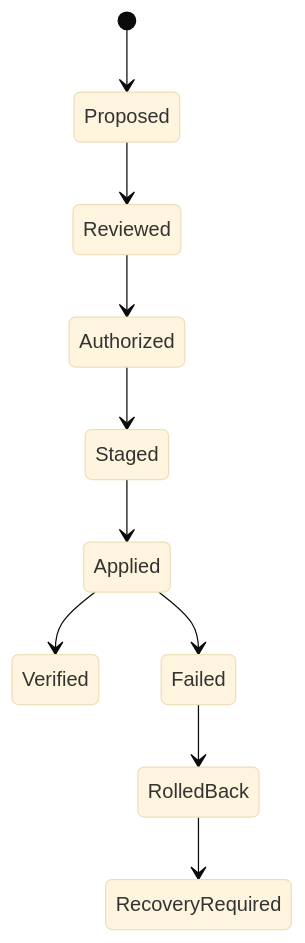
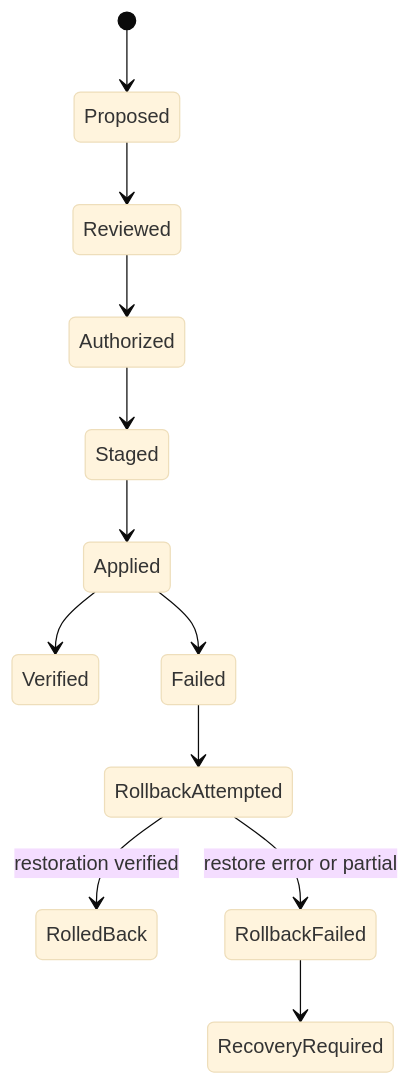
Before and after one commit to imMamdouhaboammar/bug-killer: the diagram in bug-killer-ultimate-spec-v1/07-REMEDIATION-AND-TRUST.md, drawn with Mermaid (base theme). The commit also changed other lines of this file and 12 other files, not shown here.

````diff
--- a/bug-killer-ultimate-spec-v1/07-REMEDIATION-AND-TRUST.md
+++ b/bug-killer-ultimate-spec-v1/07-REMEDIATION-AND-TRUST.md
@@ -38,12 +38,14 @@
 ```mermaid
 stateDiagram-v2
     [*] --> Proposed
     Proposed --> Reviewed
     Reviewed --> Authorized
     Authorized --> Staged
     Staged --> Applied
     Applied --> Verified
     Applied --> Failed
-    Failed --> RolledBack
-    RolledBack --> RecoveryRequired
+    Failed --> RollbackAttempted
+    RollbackAttempted --> RolledBack: restoration verified
+    RollbackAttempted --> RollbackFailed: restore error or partial
+    RollbackFailed --> RecoveryRequired
 ```
````
